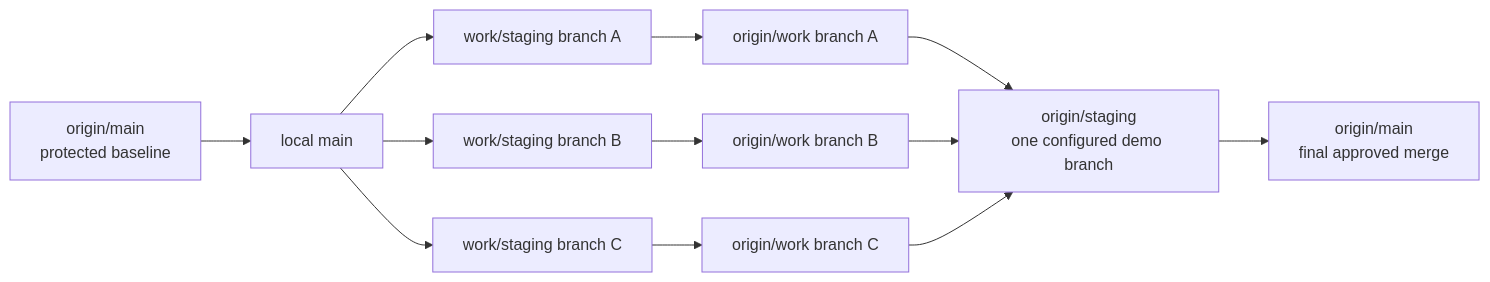
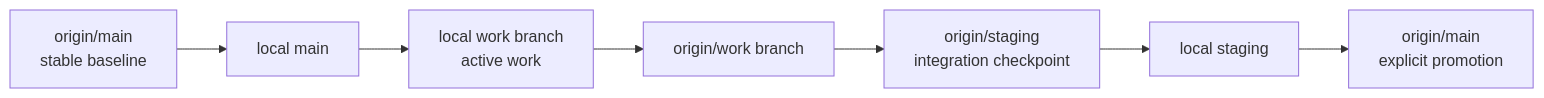
One commit to swinneyj/soc-plaform changed the first of 4 diagrams in docs/GIT_VISUAL_MAP.md. Above: the diagram before and after it, drawn with Mermaid. The commit also changed other lines of this file and 1 other file, not shown here.

Commit message:
Move git workflow changes to staging

````diff
--- a/docs/GIT_VISUAL_MAP.md
+++ b/docs/GIT_VISUAL_MAP.md
@@ -25,14 +25,9 @@
 ```mermaid
 flowchart LR
-    A[origin/main<br/>protected baseline] --> B[local main]
-    B --> C[work/staging branch A]
-    B --> D[work/staging branch B]
-    B --> E[work/staging branch C]
-    C --> F[origin/work branch A]
-    D --> G[origin/work branch B]
-    E --> H[origin/work branch C]
-    F --> I[origin/staging<br/>one configured demo branch]
-    G --> I
-    H --> I
-    I --> J[origin/main<br/>final approved merge]
+     A[origin/main<br/>stable baseline] --> B[local main]
+    B --> C[local work branch<br/>active work]
+    C --> D[origin/work branch]
+     D --> E[origin/staging<br/>integration checkpoint]
+     E --> F[local staging]
+     F --> G[origin/main<br/>explicit promotion]
 ```
````
